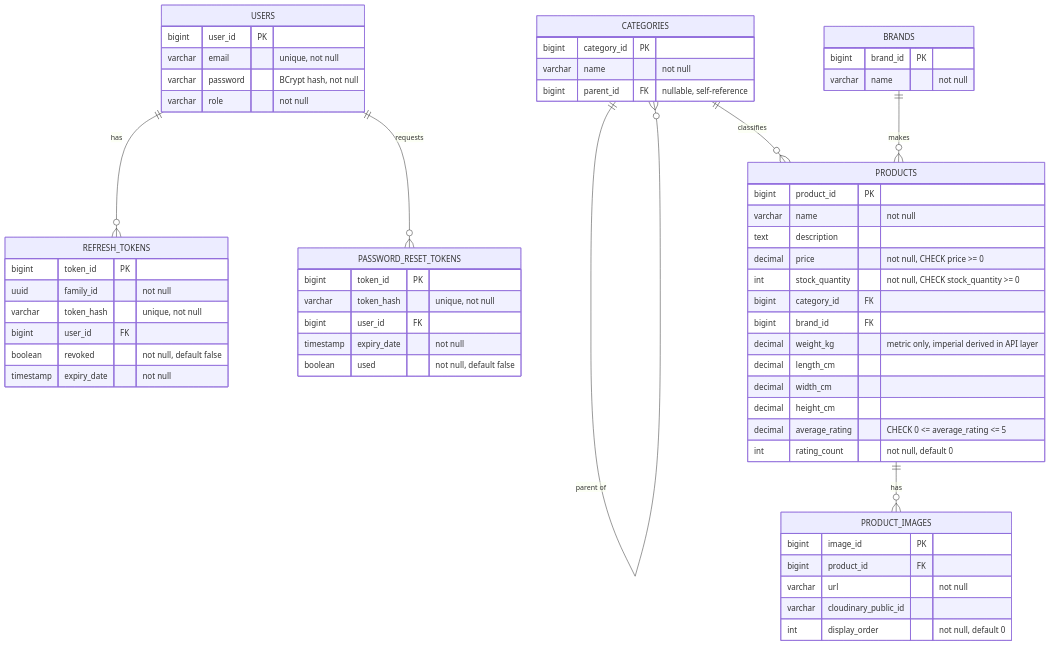
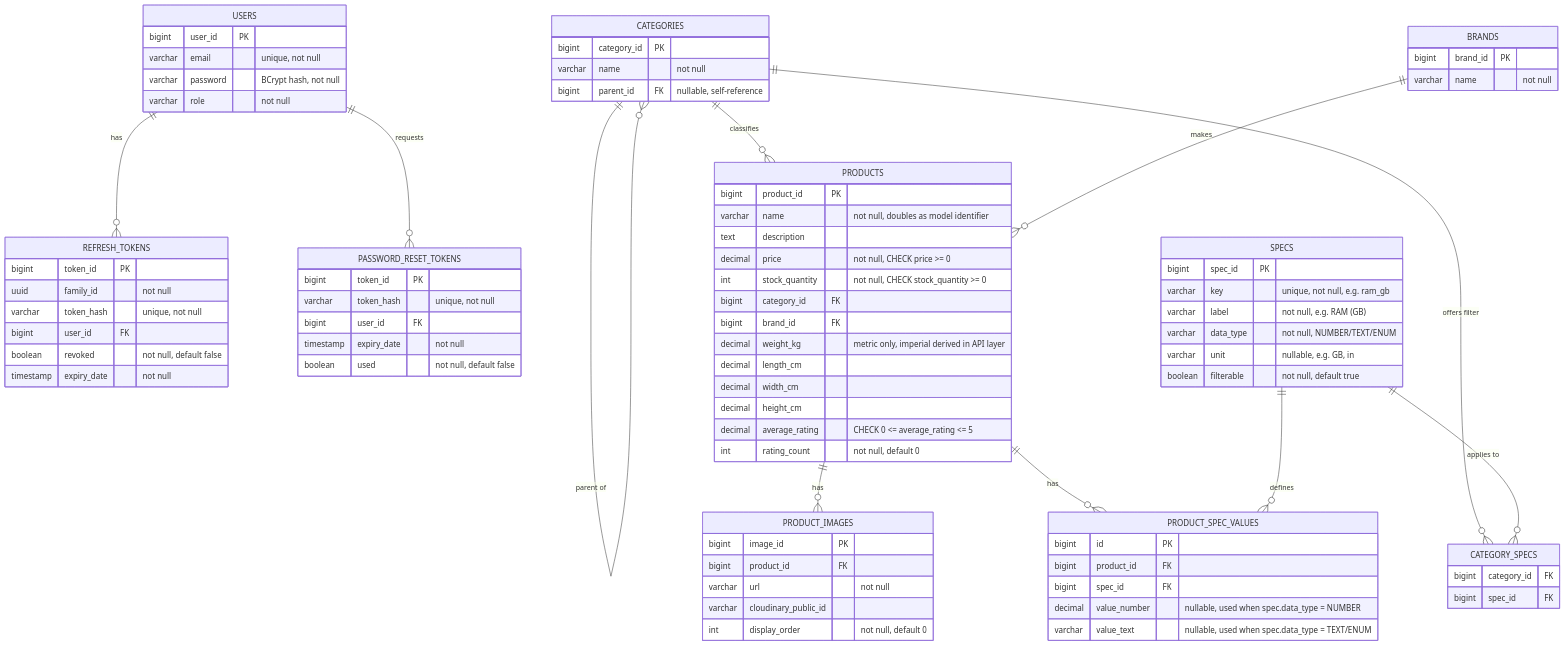
Before and after one commit to laurimusto/TechnixShop: the diagram in ERD.md, drawn with Mermaid. The commit also changed other lines of this file and 11 other files, not shown here.

First line of the commit message:
feat: add typed-EAV product specs, docker-compose dev deps, fix Flyway

````diff
--- a/ERD.md
+++ b/ERD.md
@@ -41,7 +45,7 @@
     }
     PRODUCTS {
         bigint product_id PK
-        varchar name "not null"
+        varchar name "not null, doubles as model identifier"
         text description
         decimal price "not null, CHECK price >= 0"
         int stock_quantity "not null, CHECK stock_quantity >= 0"
@@ -61,6 +65,25 @@
         varchar cloudinary_public_id
         int display_order "not null, default 0"
     }
+    SPECS {
+        bigint spec_id PK
+        varchar key "unique, not null, e.g. ram_gb"
+        varchar label "not null, e.g. RAM (GB)"
+        varchar data_type "not null, NUMBER/TEXT/ENUM"
+        varchar unit "nullable, e.g. GB, in"
+        boolean filterable "not null, default true"
+    }
+    CATEGORY_SPECS {
+        bigint category_id FK
+        bigint spec_id FK
+    }
+    PRODUCT_SPEC_VALUES {
+        bigint id PK
+        bigint product_id FK
+        bigint spec_id FK
+        decimal value_number "nullable, used when spec.data_type = NUMBER"
+        varchar value_text "nullable, used when spec.data_type = TEXT/ENUM"
+    }
 
     USERS ||--o{ REFRESH_TOKENS : "has"
     USERS ||--o{ PASSWORD_RESET_TOKENS : "requests"
@@ -68,4 +91,8 @@
     CATEGORIES ||--o{ PRODUCTS : "classifies"
     BRANDS ||--o{ PRODUCTS : "makes"
     PRODUCTS ||--o{ PRODUCT_IMAGES : "has"
+    CATEGORIES ||--o{ CATEGORY_SPECS : "offers filter"
+    SPECS ||--o{ CATEGORY_SPECS : "applies to"
+    PRODUCTS ||--o{ PRODUCT_SPEC_VALUES : "has"
+    SPECS ||--o{ PRODUCT_SPEC_VALUES : "defines"
 ```
````
